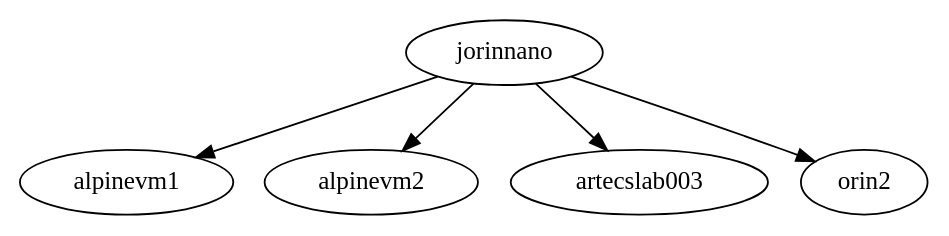
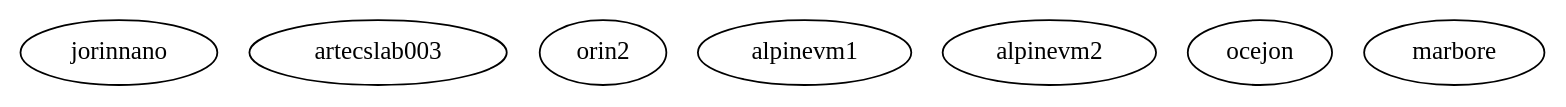
One commit to gulis1/planificacion-inferencia-edge changed the diagram in edge-controller/edge_service_controller/input.dot. Above: the diagram before and after it, drawn with Graphviz. The commit also changed 10 other files, not shown here.

```diff
--- a/edge-controller/edge_service_controller/input.dot
+++ b/edge-controller/edge_service_controller/input.dot
@@ -1,6 +1,9 @@
 digraph G {
-  jorinnano -> alpinevm1
-  jorinnano -> alpinevm2
-  jorinnano -> artecslab003
-  jorinnano -> orin2
+  jorinnano
+  artecslab003
+  orin2
+  alpinevm1
+  alpinevm2
+  ocejon
+  marbore
 }
```
